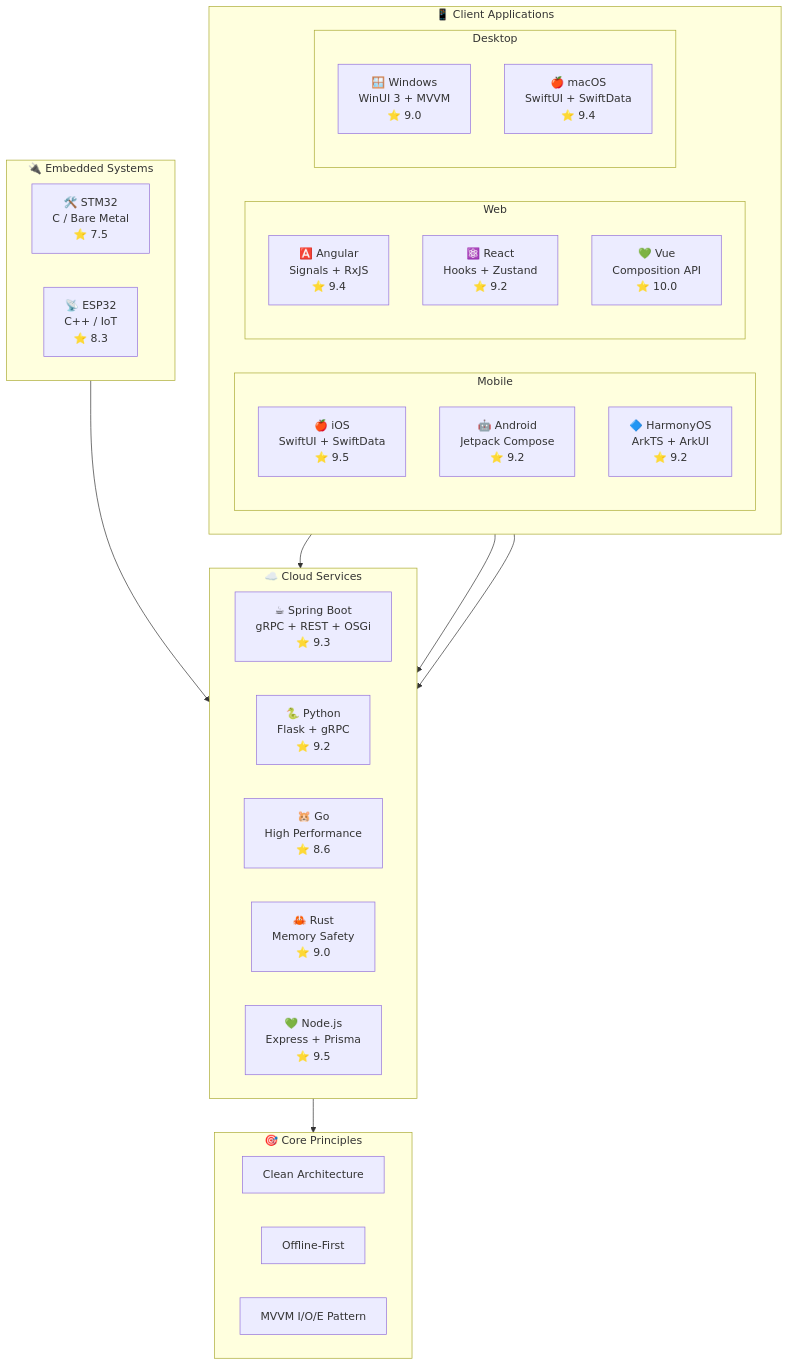
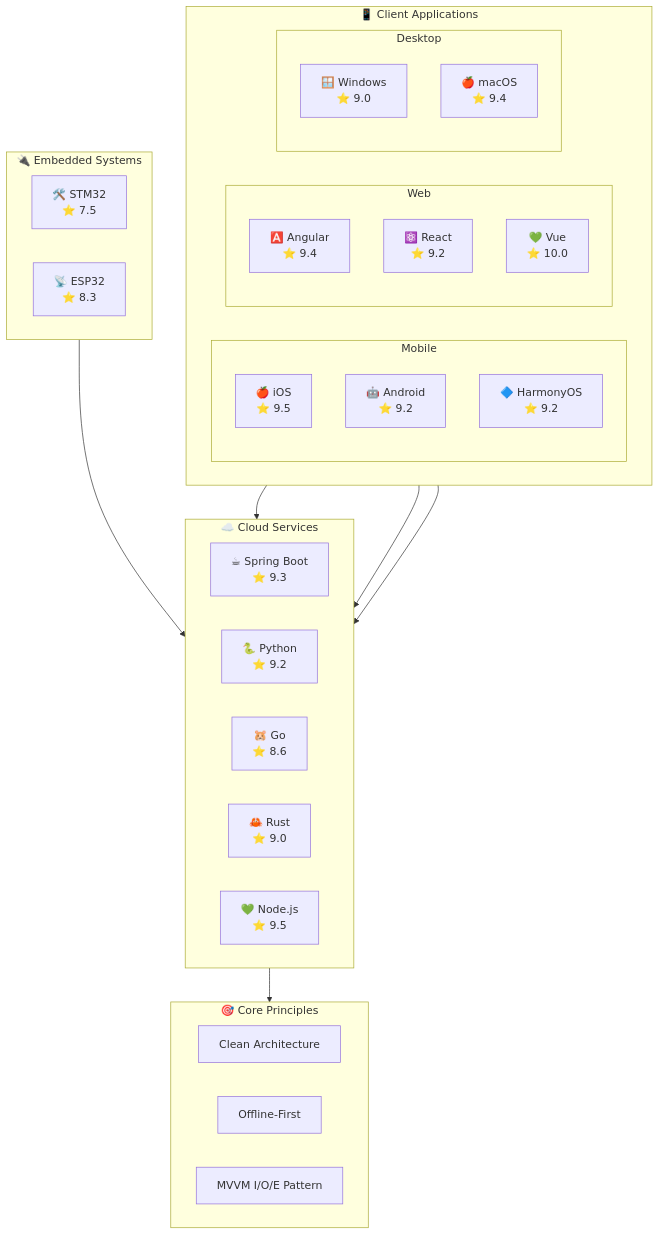
The diagram in README.md (jrjohn/jrjohn), drawn with Mermaid before and after one commit.

Commit message:
chore: slim architecture diagram for legibility (#2)

````diff
--- a/README.md
+++ b/README.md
@@ -20,63 +20,63 @@
 ```mermaid
 flowchart TB
     subgraph Client["📱 Client Applications"]
         direction LR
         subgraph Mobile["Mobile"]
-            iOS["🍎 iOS<br>SwiftUI + SwiftData<br>⭐ 9.5"]
-            Android["🤖 Android<br>Jetpack Compose<br>⭐ 9.2"]
-            HarmonyOS["🔷 HarmonyOS<br>ArkTS + ArkUI<br>⭐ 9.2"]
+            iOS["🍎 iOS<br/>⭐ 9.5"]
+            Android["🤖 Android<br/>⭐ 9.2"]
+            HarmonyOS["🔷 HarmonyOS<br/>⭐ 9.2"]
         end
         subgraph Web["Web"]
-            Angular["🅰️ Angular<br>Signals + RxJS<br>⭐ 9.4"]
-            React["⚛️ React<br>Hooks + Zustand<br>⭐ 9.2"]
-            Vue["💚 Vue<br>Composition API<br>⭐ 10.0"]
+            Angular["🅰️ Angular<br/>⭐ 9.4"]
+            React["⚛️ React<br/>⭐ 9.2"]
+            Vue["💚 Vue<br/>⭐ 10.0"]
         end
         subgraph Desktop["Desktop"]
-            Windows["🪟 Windows<br>WinUI 3 + MVVM<br>⭐ 9.0"]
-            macOS["🍎 macOS<br>SwiftUI + SwiftData<br>⭐ 9.4"]
+            Windows["🪟 Windows<br/>⭐ 9.0"]
+            macOS["🍎 macOS<br/>⭐ 9.4"]
         end
     end
 
     subgraph Embedded["🔌 Embedded Systems"]
         direction LR
-        STM32["🛠️ STM32<br>C / Bare Metal<br>⭐ 7.5"]
-        ESP32["📡 ESP32<br>C++ / IoT<br>⭐ 8.3"]
+        STM32["🛠️ STM32<br/>⭐ 7.5"]
+        ESP32["📡 ESP32<br/>⭐ 8.3"]
     end
 
     subgraph Cloud["☁️ Cloud Services"]
         direction LR
-        SpringBoot["☕ Spring Boot<br>gRPC + REST + OSGi<br>⭐ 9.3"]
-        Python["🐍 Python<br>Flask + gRPC<br>⭐ 9.2"]
-        Go["🐹 Go<br>High Performance<br>⭐ 8.6"]
-        Rust["🦀 Rust<br>Memory Safety<br>⭐ 9.0"]
-        NodeJS["💚 Node.js<br>Express + Prisma<br>⭐ 9.5"]
+        SpringBoot["☕ Spring Boot<br/>⭐ 9.3"]
+        Python["🐍 Python<br/>⭐ 9.2"]
+        Go["🐹 Go<br/>⭐ 8.6"]
+        Rust["🦀 Rust<br/>⭐ 9.0"]
+        NodeJS["💚 Node.js<br/>⭐ 9.5"]
     end
 
     subgraph Core["🎯 Core Principles"]
         CA["Clean Architecture"]
         OF["Offline-First"]
         MVVM["MVVM I/O/E Pattern"]
     end
 
     Mobile --> Cloud
     Web --> Cloud
     Desktop --> Cloud
     Embedded --> Cloud
     Cloud --> Core
 
     click iOS "https://github.com/jrjohn/arcana-ios" _blank
     click Android "https://github.com/jrjohn/arcana-android" _blank
     click HarmonyOS "https://github.com/jrjohn/arcana-harmonyos" _blank
     click Angular "https://github.com/jrjohn/arcana-angular" _blank
     click React "https://github.com/jrjohn/arcana-react" _blank
     click Vue "https://github.com/jrjohn/arcana-vue" _blank
     click Windows "https://github.com/jrjohn/arcana-windows" _blank
     click macOS "https://github.com/jrjohn/arcana-macos" _blank
     click STM32 "https://github.com/jrjohn/arcana-embedded-stm32" _blank
     click ESP32 "https://github.com/jrjohn/arcana-embedded-esp32" _blank
     click SpringBoot "https://github.com/jrjohn/arcana-cloud-springboot" _blank
     click Python "https://github.com/jrjohn/arcana-cloud-python" _blank
     click Go "https://github.com/jrjohn/arcana-cloud-go" _blank
     click Rust "https://github.com/jrjohn/arcana-cloud-rust" _blank
     click NodeJS "https://github.com/jrjohn/arcana-cloud-nodejs" _blank
 ```
````
